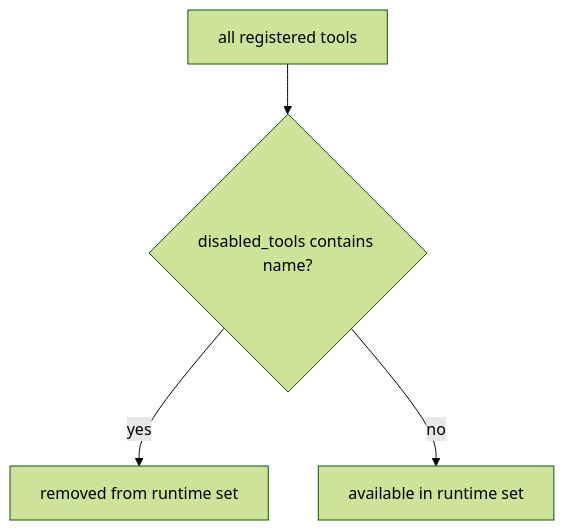
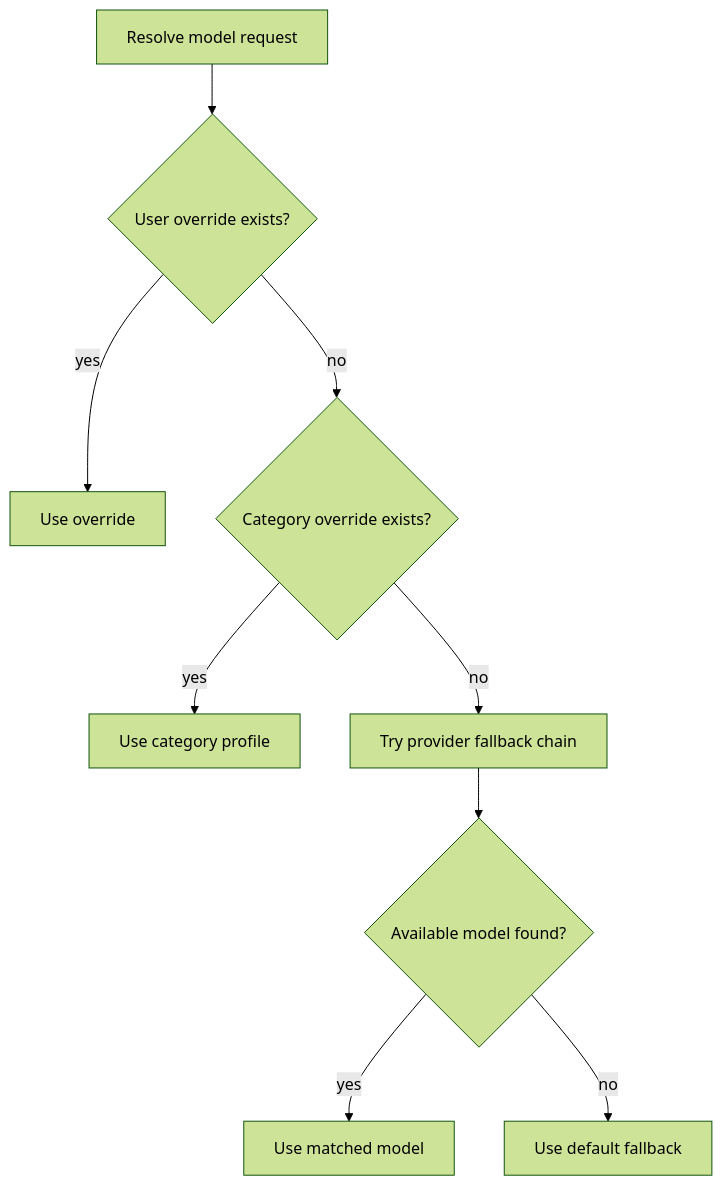
One commit to bravohenry/ohmymkt changed the third of 4 diagrams in docs/configurations.md. Above: the diagram before and after it, drawn with Mermaid (forest theme). The commit also changed other lines of this file and 7 other files, not shown here.

````diff
--- a/docs/configurations.md
+++ b/docs/configurations.md
@@ -94,6 +370,11 @@
 ```mermaid
 flowchart TD
-    ALL["all registered tools"] --> F{"disabled_tools contains name?"}
-    F -->|yes| OFF["removed from runtime set"]
-    F -->|no| ON["available in runtime set"]
+    S["Resolve model request"] --> O{"User override exists?"}
+    O -->|yes| U["Use override"]
+    O -->|no| C{"Category override exists?"}
+    C -->|yes| K["Use category profile"]
+    C -->|no| F["Try provider fallback chain"]
+    F --> G{"Available model found?"}
+    G -->|yes| M["Use matched model"]
+    G -->|no| D["Use default fallback"]
 ```
````
